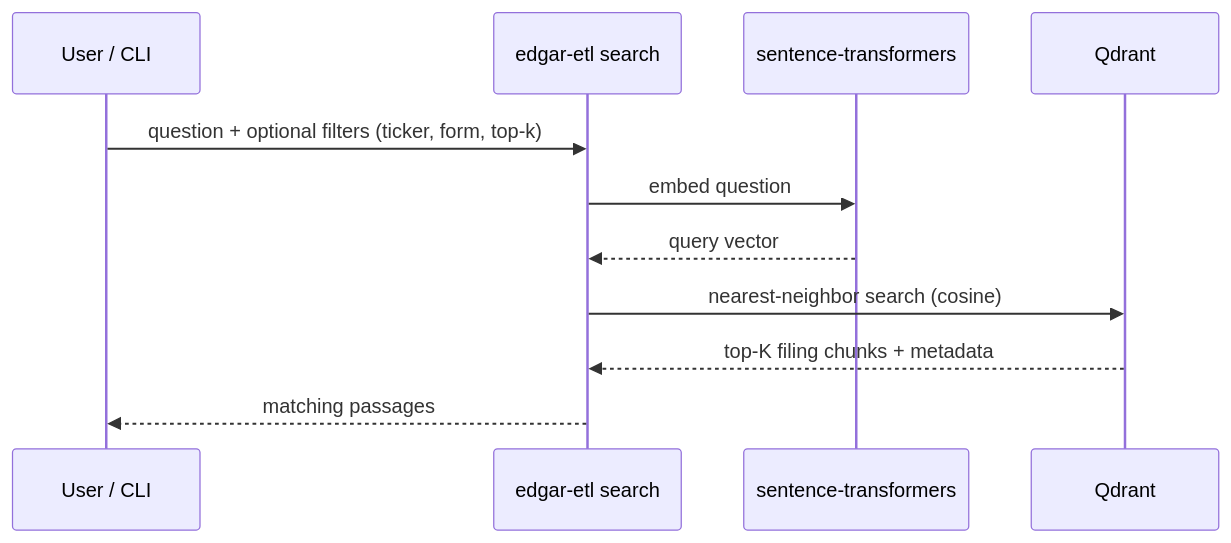
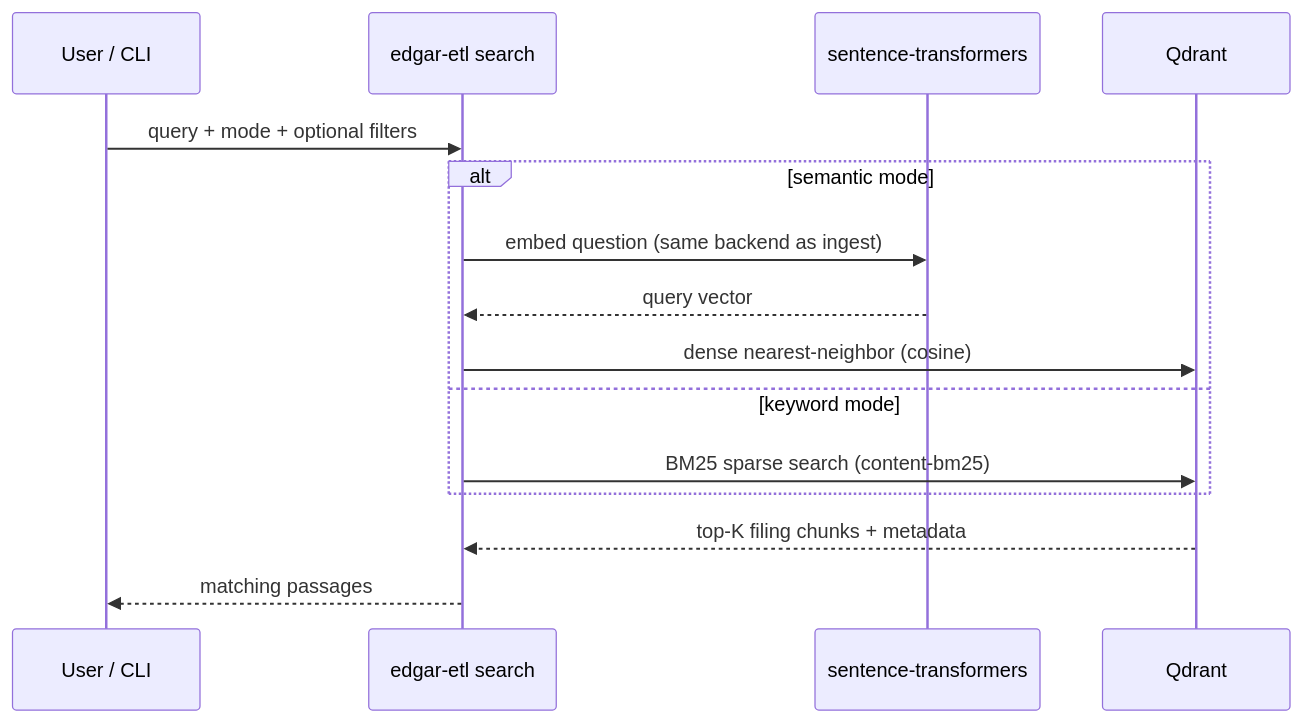
Before and after one commit to sanjuthomas/sec-edgar-filings-to-qdrant: the third of 4 diagrams in README.md, drawn with Mermaid. The commit also changed other lines of this file and 24 other files, not shown here.

````diff
--- a/README.md
+++ b/README.md
@@ -80,14 +153,18 @@
 ```mermaid
 sequenceDiagram
     participant User as User / CLI
     participant Search as edgar-etl search
     participant Model as sentence-transformers
     participant Qdrant as Qdrant
 
-    User->>Search: question + optional filters (ticker, form, top-k)
-    Search->>Model: embed question
-    Model-->>Search: query vector
-    Search->>Qdrant: nearest-neighbor search (cosine)
+    User->>Search: query + mode + optional filters
+    alt semantic mode
+        Search->>Model: embed question (same backend as ingest)
+        Model-->>Search: query vector
+        Search->>Qdrant: dense nearest-neighbor (cosine)
+    else keyword mode
+        Search->>Qdrant: BM25 sparse search (content-bm25)
+    end
     Qdrant-->>Search: top-K filing chunks + metadata
     Search-->>User: matching passages
 ```
````
